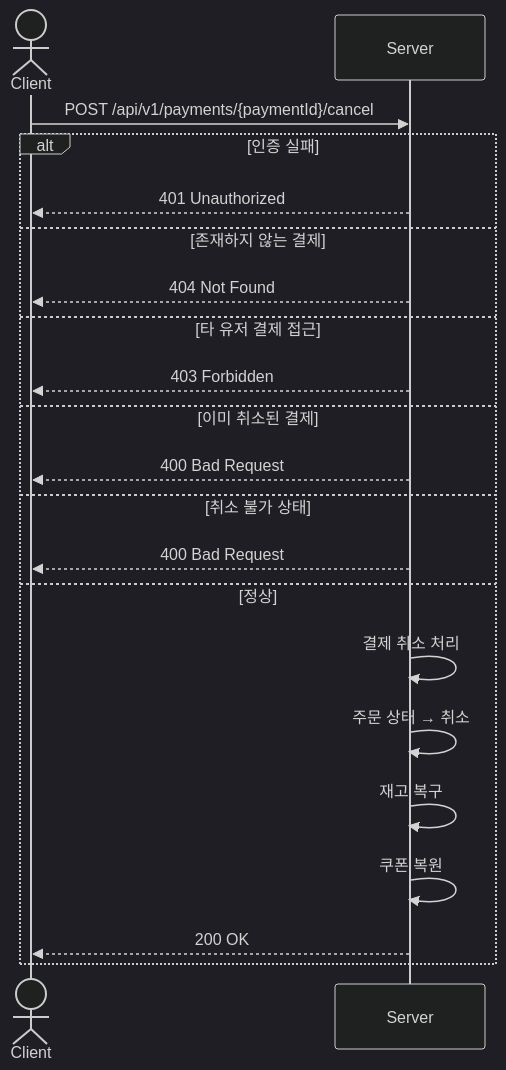
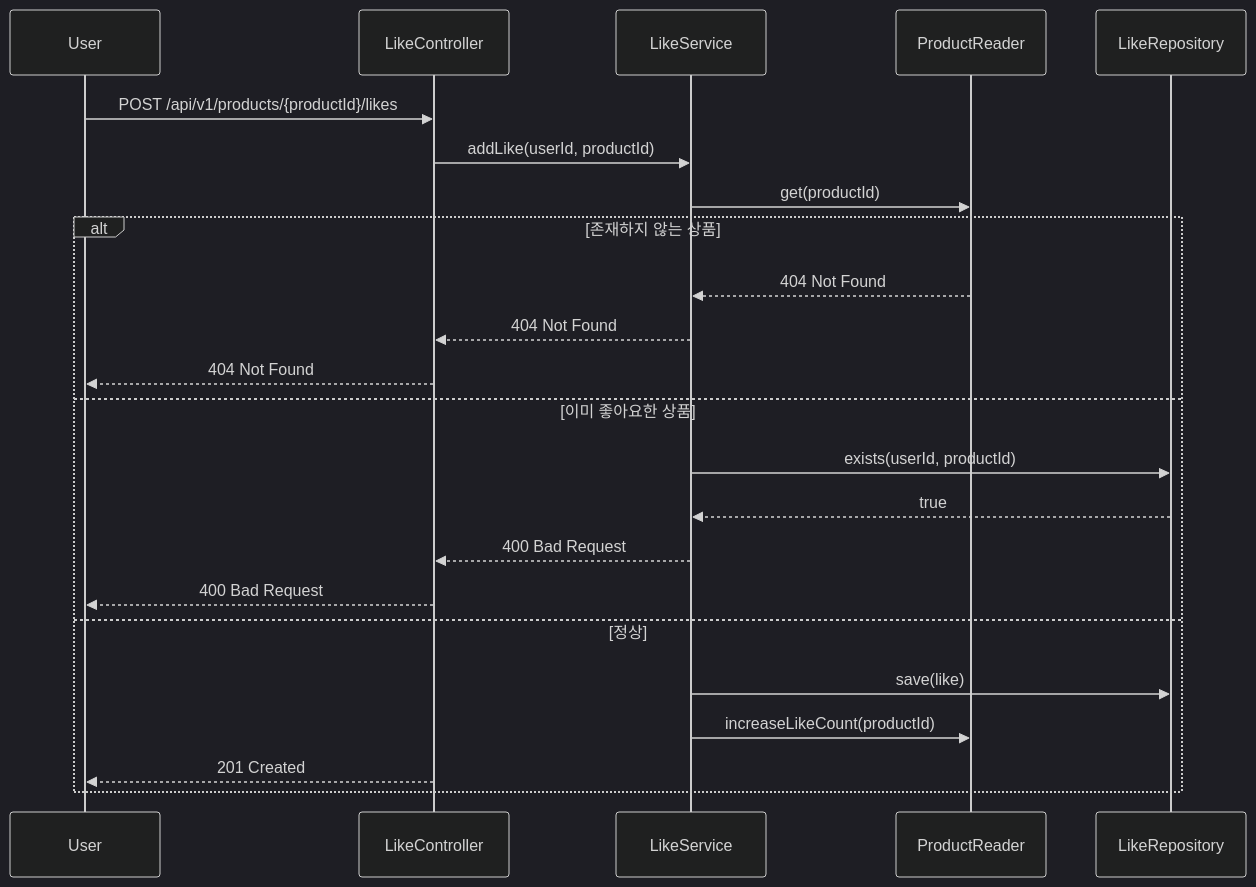
One commit to loopers-labs/loop-pack-be-l2-vol4-java changed diagram 17 of 34 in .docs/design/sequence-diagrams.md. Above: the diagram before and after it, drawn with Mermaid (dark theme). The commit also changed other lines of this file and 1 other file, not shown here.

Commit message:
fix: 관리자 모듈 지우고 각 브랜드&상품-어드민, 주문-어드민으로 분리 브랜드&상품 누락 유스케이스 추가 어드민 권한 확인 로직 main flow 에 추가

````diff
--- a/.docs/design/sequence-diagrams.md
+++ b/.docs/design/sequence-diagrams.md
@@ -396,24 +415,27 @@
 ```mermaid
 sequenceDiagram
-    actor Client
-    participant Server
+    participant User
+    participant LikeController
+    participant LikeService
+    participant ProductReader
+    participant LikeRepository
 
-    Client->>Server: POST /api/v1/payments/{paymentId}/cancel
-    alt 인증 실패
-        Server-->>Client: 401 Unauthorized
-    else 존재하지 않는 결제
-        Server-->>Client: 404 Not Found
-    else 타 유저 결제 접근
-        Server-->>Client: 403 Forbidden
-    else 이미 취소된 결제
-        Server-->>Client: 400 Bad Request
-    else 취소 불가 상태
-        Server-->>Client: 400 Bad Request
+    User->>LikeController: POST /api/v1/products/{productId}/likes
+    LikeController->>LikeService: addLike(userId, productId)
+    LikeService->>ProductReader: get(productId)
+
+    alt 존재하지 않는 상품
+        ProductReader-->>LikeService: 404 Not Found
+        LikeService-->>LikeController: 404 Not Found
+        LikeController-->>User: 404 Not Found
+    else 이미 좋아요한 상품
+        LikeService->>LikeRepository: exists(userId, productId)
+        LikeRepository-->>LikeService: true
+        LikeService-->>LikeController: 400 Bad Request
+        LikeController-->>User: 400 Bad Request
     else 정상
-        Server->>Server: 결제 취소 처리
-        Server->>Server: 주문 상태 → 취소
-        Server->>Server: 재고 복구
-        Server->>Server: 쿠폰 복원
-        Server-->>Client: 200 OK
+        LikeService->>LikeRepository: save(like)
+        LikeService->>ProductReader: increaseLikeCount(productId)
+        LikeController-->>User: 201 Created
     end
 ```
````
